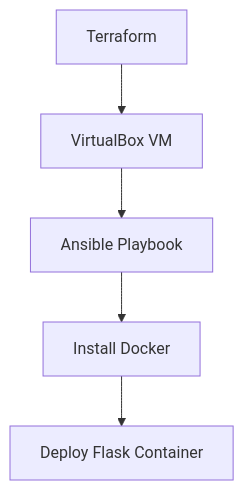
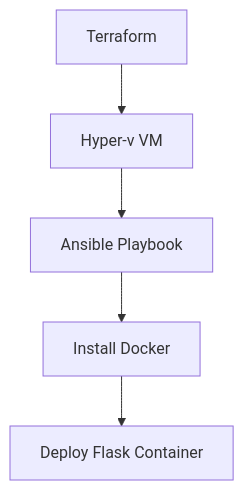
One commit to seizenz7/iac-terraform-ansible-vm changed the diagram in README.md. Above: the diagram before and after it, drawn with Mermaid. The commit also changed other lines of this file, not shown here.

First line of the commit message:
Change VirtualBox to Hyper-v in README

````diff
--- a/README.md
+++ b/README.md
@@ -15,7 +15,7 @@
 ```mermaid
 flowchart 
-    A[Terraform] --> B[VirtualBox VM]
+    A[Terraform] --> B[Hyper-v VM]
     B --> C[Ansible Playbook]
     C --> D[Install Docker]
     D --> E[Deploy Flask Container]
 ```
````
